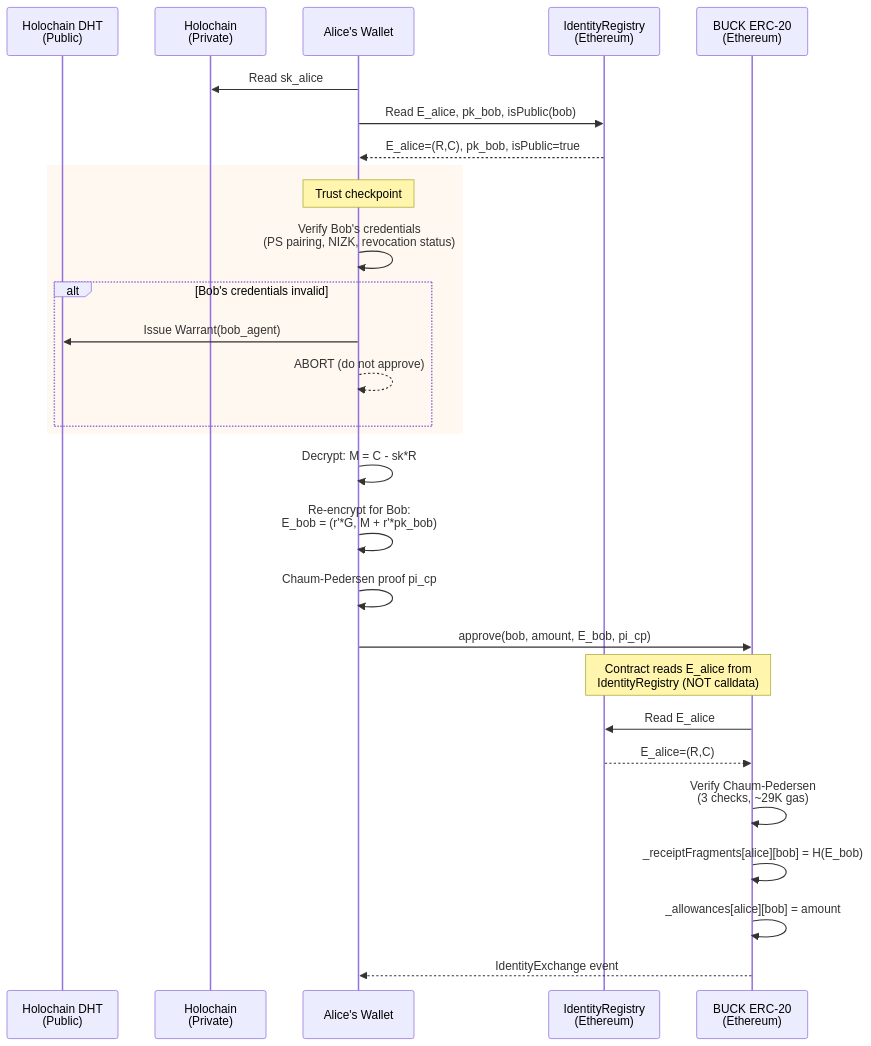
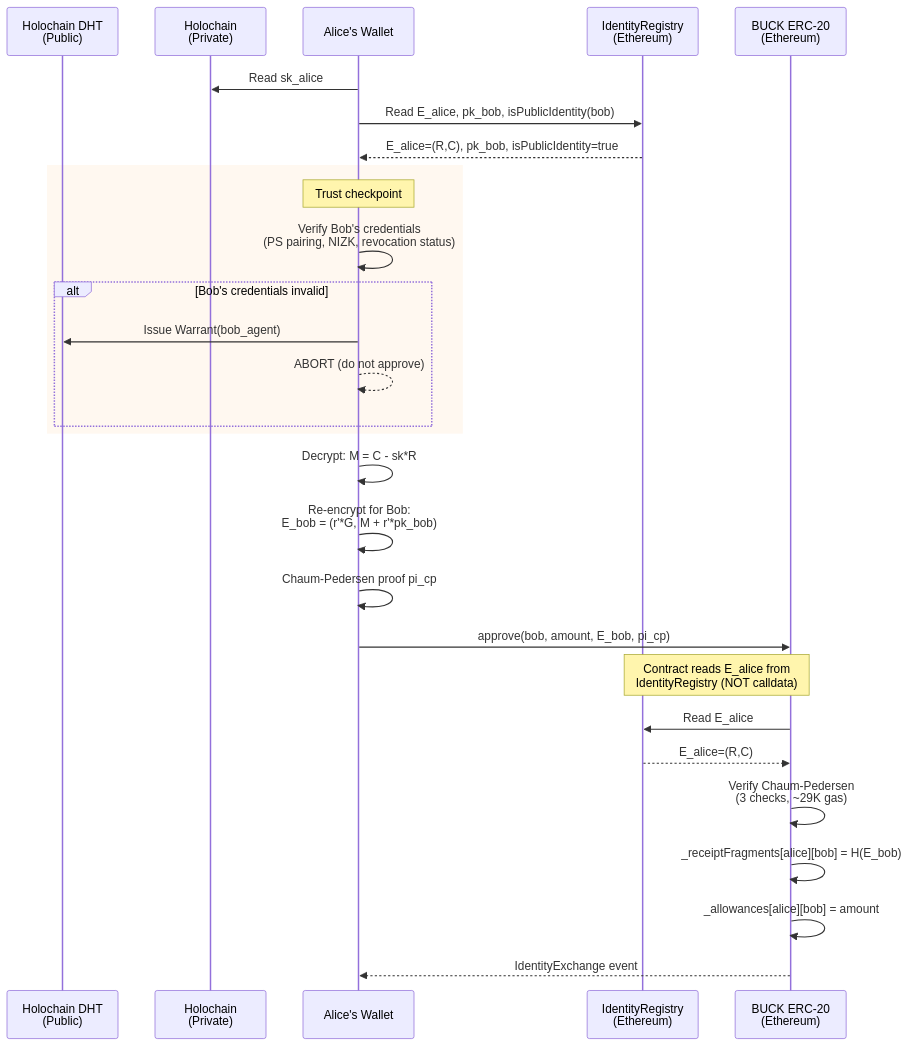
Before and after one commit to alberta-buck/alberta-buck: the second of 5 diagrams in alberta-buck-identity-example.org, drawn with Mermaid. The commit also changed other lines of this file and 33 other files, not shown here.

```diff
--- a/alberta-buck-identity-example.org
+++ b/alberta-buck-identity-example.org
@@ -141,36 +142,36 @@
    #+BEGIN_SRC mermaid :file ./images/approve-flow.png
    sequenceDiagram
        participant D as Holochain DHT<br/>(Public)
        participant P as Holochain<br/>(Private)
        participant W as Alice's Wallet
        participant IR as IdentityRegistry<br/>(Ethereum)
        participant B as BUCK ERC-20<br/>(Ethereum)
 
        W->>P: Read sk_alice
-       W->>IR: Read E_alice, pk_bob, isPublic(bob)
-       IR-->>W: E_alice=(R,C), pk_bob, isPublic=true
+       W->>IR: Read E_alice, pk_bob, isPublicIdentity(bob)
+       IR-->>W: E_alice=(R,C), pk_bob, isPublicIdentity=true
 
        rect rgb(255, 248, 240)
        Note over W: Trust checkpoint
        W->>W: Verify Bob's credentials<br/>(PS pairing, NIZK, revocation status)
        alt Bob's credentials invalid
            W->>D: Issue Warrant(bob_agent)
            W-->>W: ABORT (do not approve)
        end
        end
 
        W->>W: Decrypt: M = C - sk*R
        W->>W: Re-encrypt for Bob:<br/>E_bob = (r'*G, M + r'*pk_bob)
        W->>W: Chaum-Pedersen proof pi_cp
 
        W->>B: approve(bob, amount, E_bob, pi_cp)
 
        Note over B,IR: Contract reads E_alice from<br/>IdentityRegistry (NOT calldata)
        B->>IR: Read E_alice
        IR-->>B: E_alice=(R,C)
 
        B->>B: Verify Chaum-Pedersen<br/>(3 checks, ~29K gas)
        B->>B: _receiptFragments[alice][bob] = H(E_bob)
        B->>B: _allowances[alice][bob] = amount
        B-->>W: IdentityExchange event
    #+END_SRC
```
